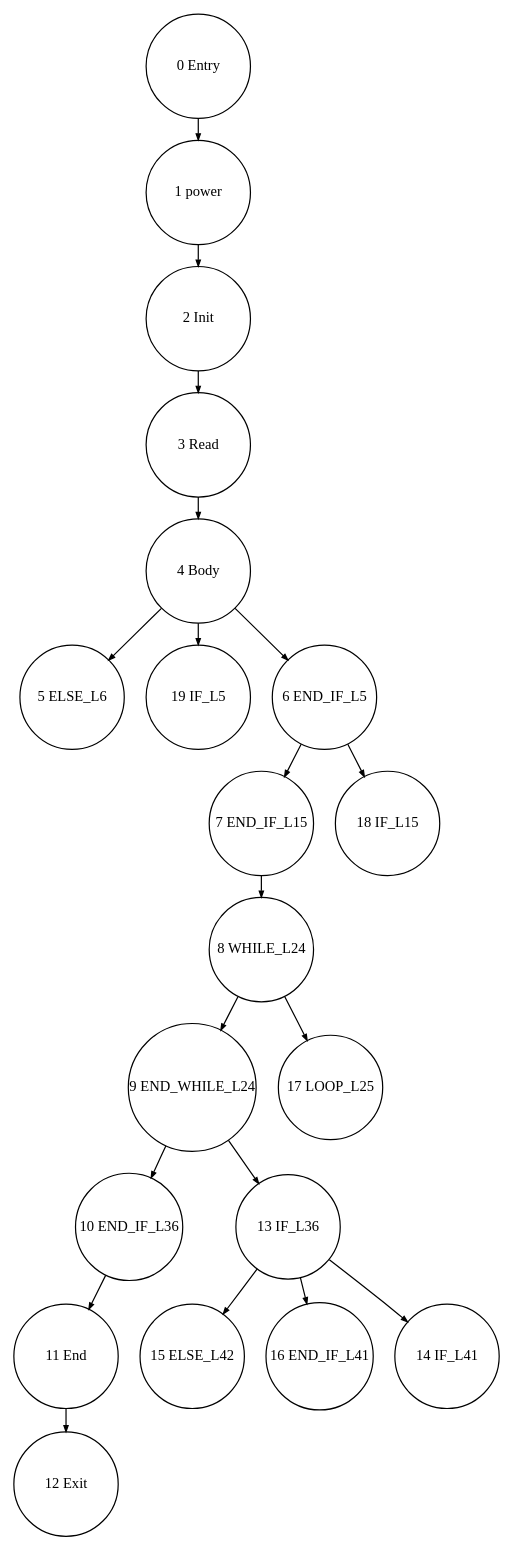
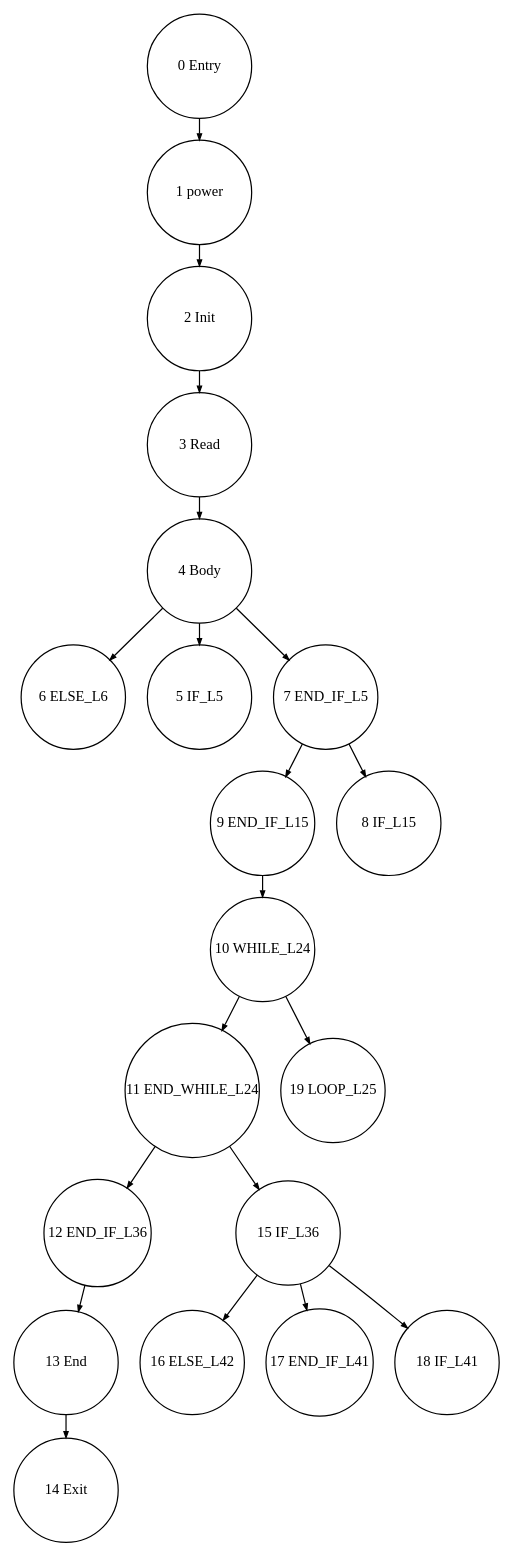
Before and after one commit to Geoffrey1014/ST_DSE: the diagram in tests_programs/paper1_tests/power_output/Graph_DomTree_0.dot, drawn with Graphviz. The commit also changed 70 other files, not shown here.

```diff
--- a/tests_programs/paper1_tests/power_output/Graph_DomTree_0.dot
+++ b/tests_programs/paper1_tests/power_output/Graph_DomTree_0.dot
@@ -1,26 +1,26 @@
 digraph G {
   ranksep=.25;
   edge [arrowsize=.5]
   node [shape=circle, fontname="ArialNarrow",
         fontsize=12,  height=1.2];
-  "5 ELSE_L6"; "15 ELSE_L42"; "8 WHILE_L24"; "9 END_WHILE_L24"; "10 END_IF_L36"; "19 IF_L5"; "7 END_IF_L15"; "3 Read"; "6 END_IF_L5"; "0 Entry"; "2 Init"; "13 IF_L36"; "16 END_IF_L41"; "18 IF_L15"; "11 End"; "1 power"; "17 LOOP_L25"; "4 Body"; "14 IF_L41"; "12 Exit"; 
-  "8 WHILE_L24" -> "9 END_WHILE_L24";
-  "8 WHILE_L24" -> "17 LOOP_L25";
-  "9 END_WHILE_L24" -> "10 END_IF_L36";
-  "9 END_WHILE_L24" -> "13 IF_L36";
-  "10 END_IF_L36" -> "11 End";
-  "7 END_IF_L15" -> "8 WHILE_L24";
+  "6 ELSE_L6"; "16 ELSE_L42"; "10 WHILE_L24"; "11 END_WHILE_L24"; "12 END_IF_L36"; "5 IF_L5"; "9 END_IF_L15"; "3 Read"; "7 END_IF_L5"; "2 Init"; "0 Entry"; "15 IF_L36"; "8 IF_L15"; "17 END_IF_L41"; "13 End"; "1 power"; "19 LOOP_L25"; "4 Body"; "14 Exit"; "18 IF_L41"; 
+  "10 WHILE_L24" -> "11 END_WHILE_L24";
+  "10 WHILE_L24" -> "19 LOOP_L25";
+  "11 END_WHILE_L24" -> "12 END_IF_L36";
+  "11 END_WHILE_L24" -> "15 IF_L36";
+  "12 END_IF_L36" -> "13 End";
+  "9 END_IF_L15" -> "10 WHILE_L24";
   "3 Read" -> "4 Body";
-  "6 END_IF_L5" -> "7 END_IF_L15";
-  "6 END_IF_L5" -> "18 IF_L15";
+  "7 END_IF_L5" -> "8 IF_L15";
+  "7 END_IF_L5" -> "9 END_IF_L15";
+  "2 Init" -> "3 Read";
   "0 Entry" -> "1 power";
-  "2 Init" -> "3 Read";
-  "13 IF_L36" -> "14 IF_L41";
-  "13 IF_L36" -> "15 ELSE_L42";
-  "13 IF_L36" -> "16 END_IF_L41";
-  "11 End" -> "12 Exit";
+  "15 IF_L36" -> "16 ELSE_L42";
+  "15 IF_L36" -> "17 END_IF_L41";
+  "15 IF_L36" -> "18 IF_L41";
+  "13 End" -> "14 Exit";
   "1 power" -> "2 Init";
-  "4 Body" -> "5 ELSE_L6";
-  "4 Body" -> "6 END_IF_L5";
-  "4 Body" -> "19 IF_L5";
+  "4 Body" -> "5 IF_L5";
+  "4 Body" -> "6 ELSE_L6";
+  "4 Body" -> "7 END_IF_L5";
 }
```
